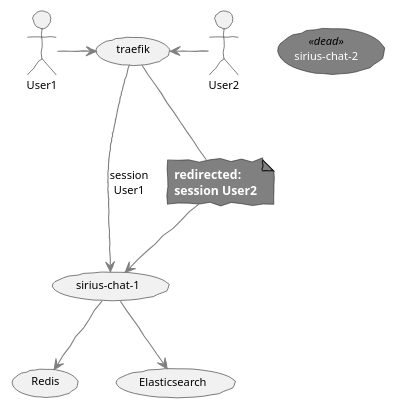
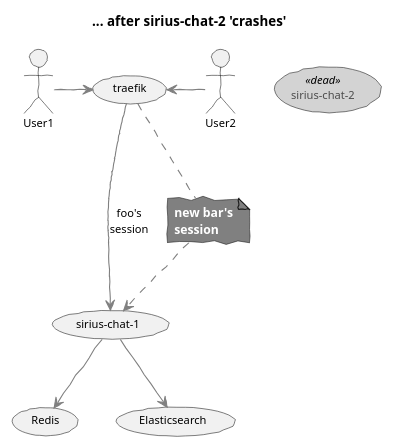
Before and after one commit to scireum/sirius-chat-sample: the diagram in diagrams/side-challenge-1b.puml, drawn with PlantUML. The commit also changed 2 other files, not shown here.

Commit message:
New diagrams for side-challenge-1

```diff
--- a/diagrams/side-challenge-1b.puml
+++ b/diagrams/side-challenge-1b.puml
@@ -1,28 +1,30 @@
 @startuml
 skinparam handwritten true
 skinparam monochrome true
 skinparam ArrowColor gray
 skinparam DefaultFontSize 10
+skinparam TitleFontSize 12
 skinparam usecase {
-    BackGroundColor<< dead >> gray
-    FontColor<< dead >> white
+    BackGroundColor<< dead >> lightgray
+    FontColor<< dead >> red
 }
 skinparam Note {
     FontName Arial
     FontStyle bold
     FontSize 11
     FontColor white
     BackGroundColor gray
 }
+title ... after sirius-chat-2 'crashes'
 
 :User1: -> (traefik)
 :User2: -left-> (traefik)
-(traefik) --> (sirius-chat-1): session\nUser1
-note "redirected:\nsession User2" as RD
-(traefik) -- RD
-RD --> (sirius-chat-1)
+(traefik) --> (sirius-chat-1): foo's\nsession
+note "new bar's\nsession" as RD
+(traefik) .. RD
+RD ..> (sirius-chat-1)
 (sirius-chat-2) << dead >>
 (sirius-chat-1) --> (Redis)
 (sirius-chat-1) --> (Elasticsearch)
 
 @enduml
```
